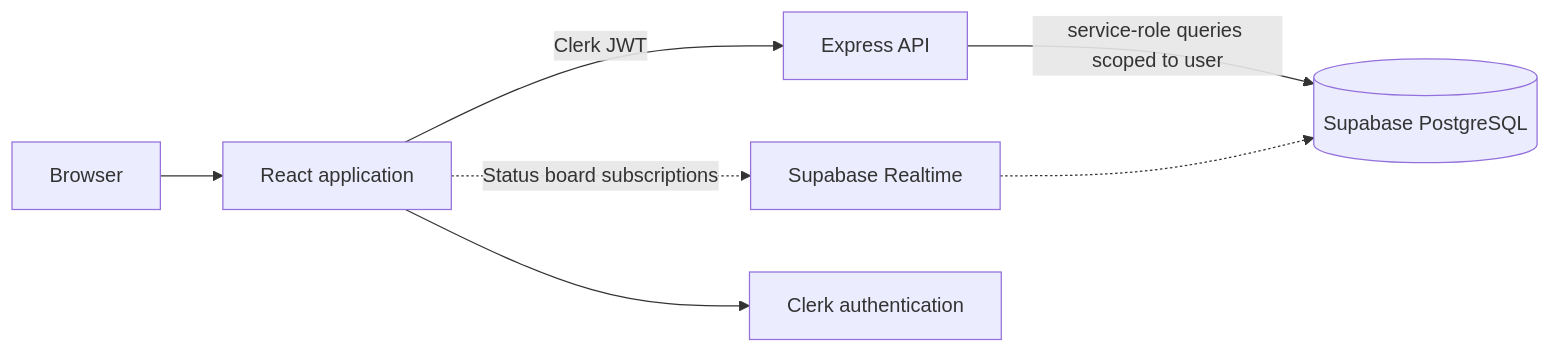
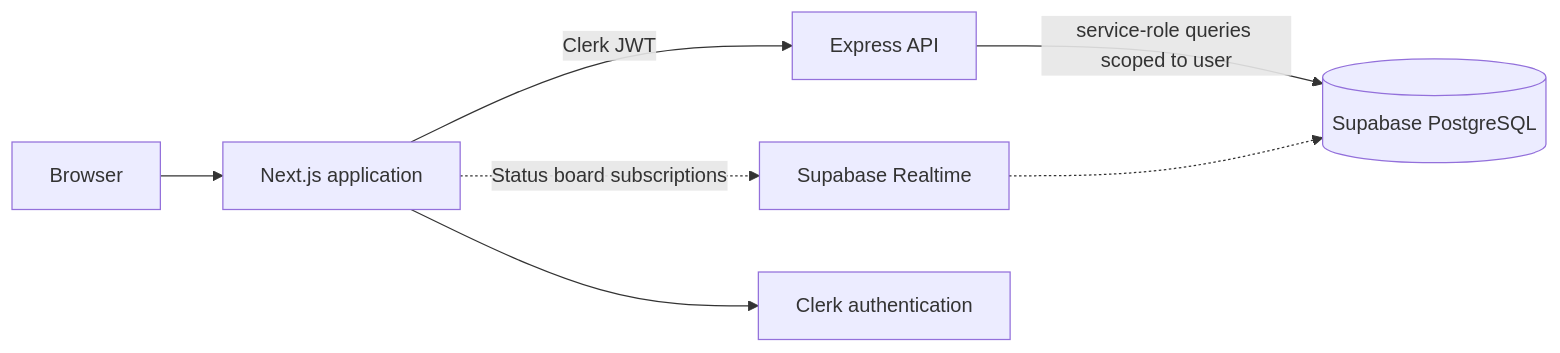
The diagram in README.md (Venkat-Kolasani/FutureStack), drawn with Mermaid before and after one commit. The commit also changed other lines of this file and 5 other files, not shown here.

````diff
--- a/README.md
+++ b/README.md
@@ -38,9 +38,9 @@
 ```mermaid
 flowchart LR
-  U["Browser"] --> F["React application"]
+  U["Browser"] --> F["Next.js application"]
   F -->|"Clerk JWT"| A["Express API"]
   A -->|"service-role queries scoped to user"| S[("Supabase PostgreSQL")]
   F -. "Status board subscriptions" .-> R["Supabase Realtime"]
   R -.-> S
   F --> C["Clerk authentication"]
 ```
````
